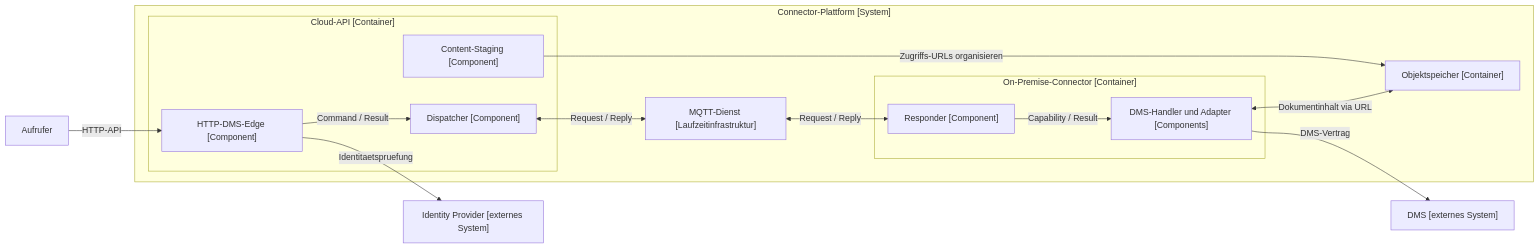
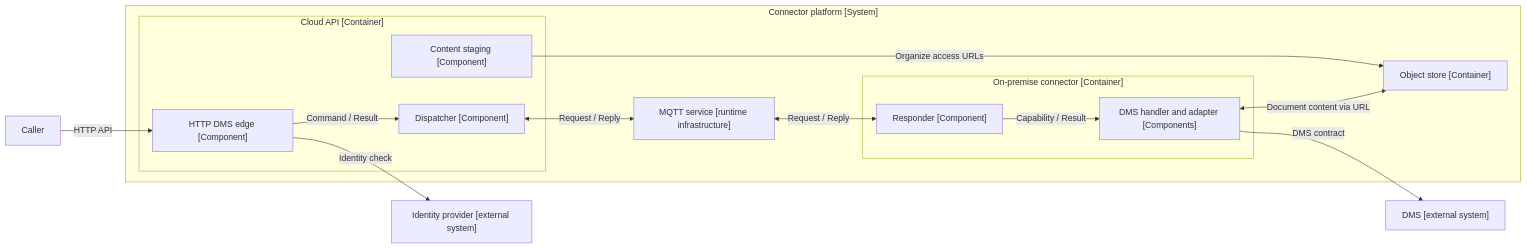
One commit to Glacius-Labs/Markitect changed the first of 2 diagrams in docs/design/canonical-model/connector-example.md. Above: the diagram before and after it, drawn with Mermaid. The commit also changed other lines of this file and 48 other files, not shown here.

````diff
--- a/docs/design/canonical-model/connector-example.md
+++ b/docs/design/canonical-model/connector-example.md
@@ -72,28 +72,28 @@
 ```mermaid
 flowchart LR
-    Caller["Aufrufer"]
-    subgraph Platform["Connector-Plattform [System]"]
-        subgraph API["Cloud-API [Container]"]
-            Edge["HTTP-DMS-Edge [Component]"]
+    Caller["Caller"]
+    subgraph Platform["Connector platform [System]"]
+        subgraph API["Cloud API [Container]"]
+            Edge["HTTP DMS edge [Component]"]
             Dispatch["Dispatcher [Component]"]
-            Staging["Content-Staging [Component]"]
+            Staging["Content staging [Component]"]
             Edge -->|"Command / Result"| Dispatch
         end
-        MQTT["MQTT-Dienst [Laufzeitinfrastruktur]"]
-        subgraph Connector["On-Premise-Connector [Container]"]
+        MQTT["MQTT service [runtime infrastructure]"]
+        subgraph Connector["On-premise connector [Container]"]
             Respond["Responder [Component]"]
-            DmsWork["DMS-Handler und Adapter [Components]"]
+            DmsWork["DMS handler and adapter [Components]"]
             Respond -->|"Capability / Result"| DmsWork
         end
-        Store["Objektspeicher [Container]"]
+        Store["Object store [Container]"]
         Dispatch <-->|"Request / Reply"| MQTT
         MQTT <-->|"Request / Reply"| Respond
-        Staging -->|"Zugriffs-URLs organisieren"| Store
-        DmsWork <-->|"Dokumentinhalt via URL"| Store
+        Staging -->|"Organize access URLs"| Store
+        DmsWork <-->|"Document content via URL"| Store
     end
-    DMS["DMS [externes System]"]
-    IAM["Identity Provider [externes System]"]
-    Caller -->|"HTTP-API"| Edge
-    Edge -->|"Identitaetspruefung"| IAM
-    DmsWork -->|"DMS-Vertrag"| DMS
+    DMS["DMS [external system]"]
+    IAM["Identity provider [external system]"]
+    Caller -->|"HTTP API"| Edge
+    Edge -->|"Identity check"| IAM
+    DmsWork -->|"DMS contract"| DMS
 ```
````
